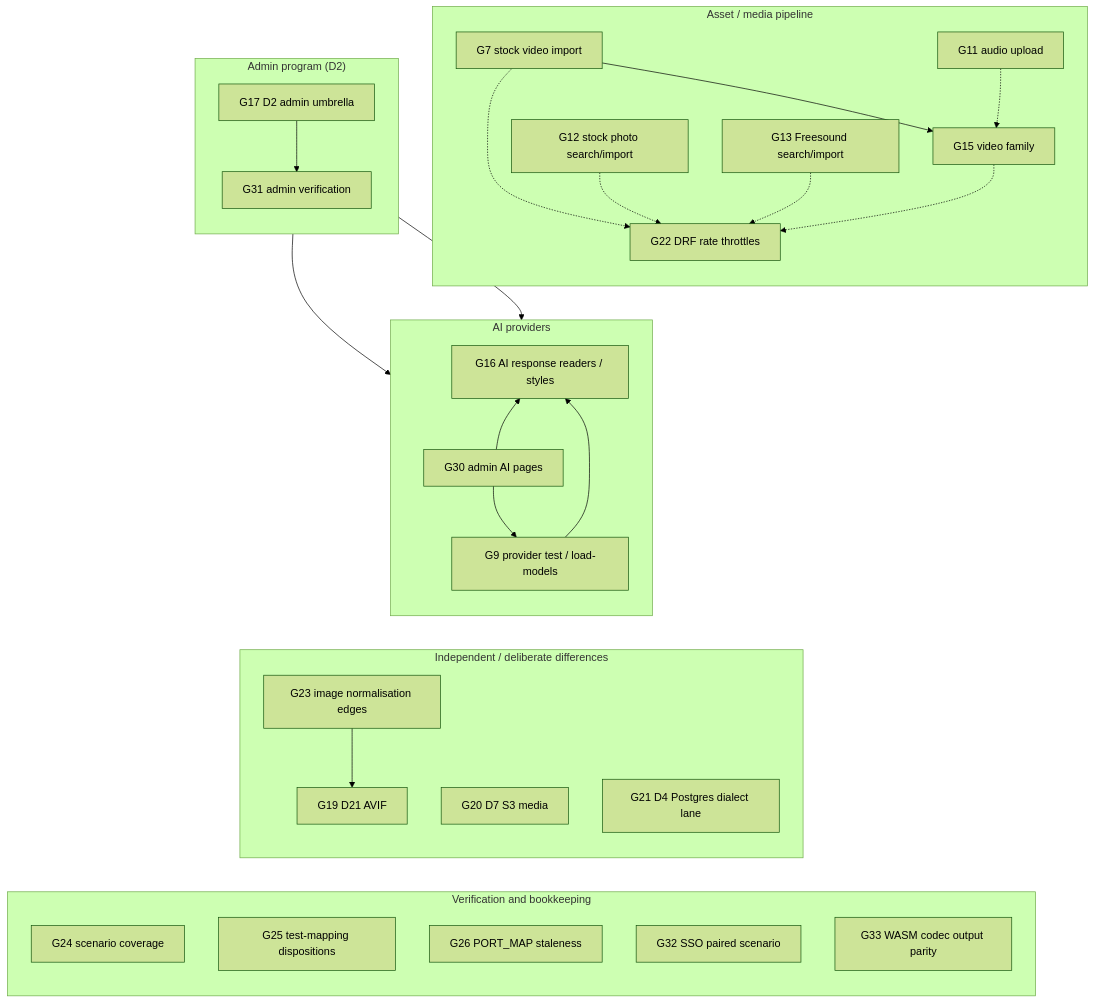
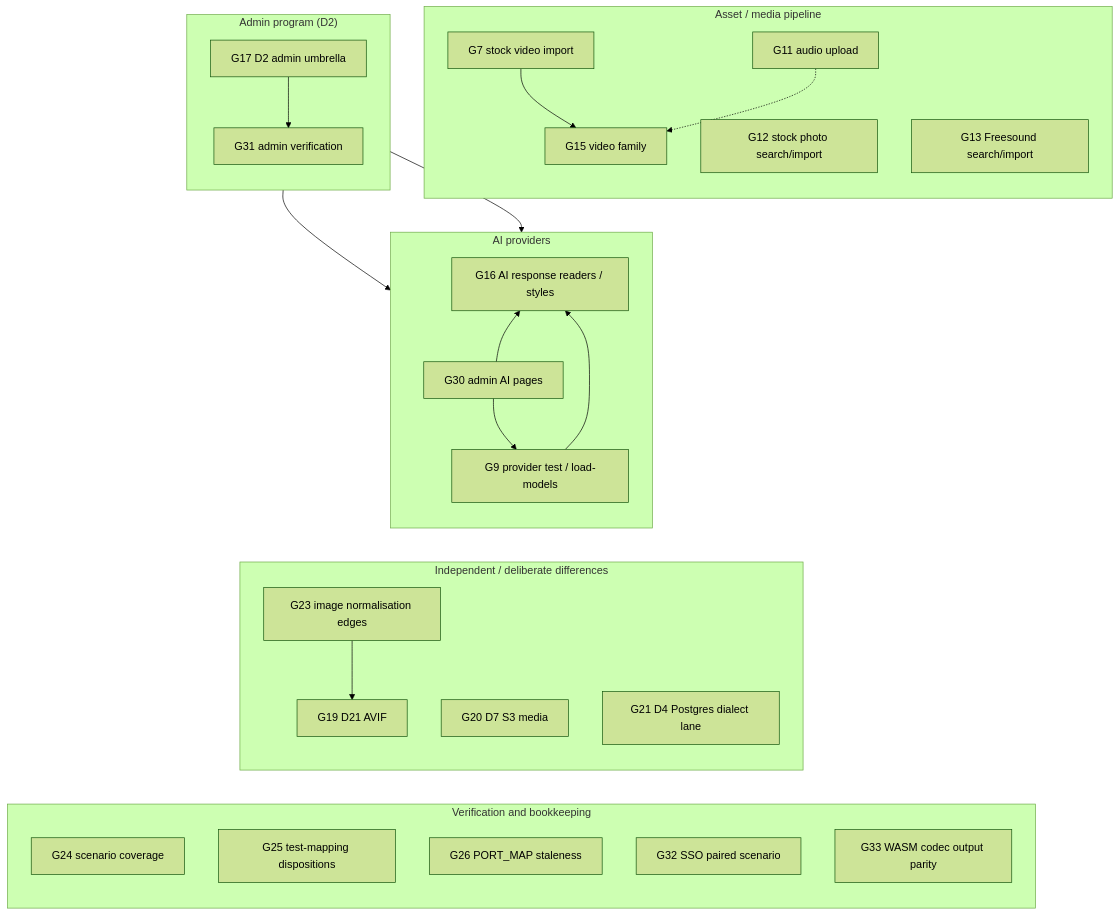
One commit to liyu1981/doory-go changed the diagram in docs/parity/GAPS.md. Above: the diagram before and after it, drawn with Mermaid (forest theme). The commit also changed other lines of this file and 13 other files, not shown here.

First line of the commit message:
Enforce DRF default and scoped rate throttles

````diff
--- a/docs/parity/GAPS.md
+++ b/docs/parity/GAPS.md
@@ -33,70 +33,65 @@
 ```mermaid
 flowchart TB
   %% asset / media pipeline
   subgraph Media["Asset / media pipeline"]
     direction TB
     G15["G15 video family"]
     G7["G7 stock video import"]
     G12["G12 stock photo search/import"]
     G13["G13 Freesound search/import"]
     G11["G11 audio upload"]
-    G22["G22 DRF rate throttles"]
 
     G7 --> G15
-    G7 -.-> G22
-    G12 -.-> G22
-    G13 -.-> G22
-    G15 -.-> G22
     G11 -.-> G15
   end
 
   %% AI
   subgraph AI["AI providers"]
     direction TB
     G16["G16 AI response readers / styles"]
     G9["G9 provider test / load-models"]
     G30["G30 admin AI pages"]
 
     G9 --> G16
     G30 --> G9
     G30 --> G16
   end
 
   %% admin program
   subgraph Admin["Admin program (D2)"]
     direction TB
     G17["G17 D2 admin umbrella"]
     G31["G31 admin verification"]
 
     G17 --> G30
     G17 --> G31
     G31 --> G30
   end
 
   %% independent deliberate differences
   subgraph Differences["Independent / deliberate differences"]
     direction TB
     G19["G19 D21 AVIF"]
     G20["G20 D7 S3 media"]
     G21["G21 D4 Postgres dialect lane"]
     G23["G23 image normalisation edges"]
 
     G23 --> G19
   end
 
   %% verification / bookkeeping (not feature prerequisites)
   subgraph Verification["Verification and bookkeeping"]
     direction TB
     G24["G24 scenario coverage"]
     G25["G25 test-mapping dispositions"]
     G26["G26 PORT_MAP staleness"]
     G32["G32 SSO paired scenario"]
     G33["G33 WASM codec output parity"]
   end
 
   %% Layout-only links: keep the clusters stacked vertically (they are invisible).
   G11 ~~~ G16
   G16 ~~~ G30
   G30 ~~~ G19
   G19 ~~~ G24
 ```
````
